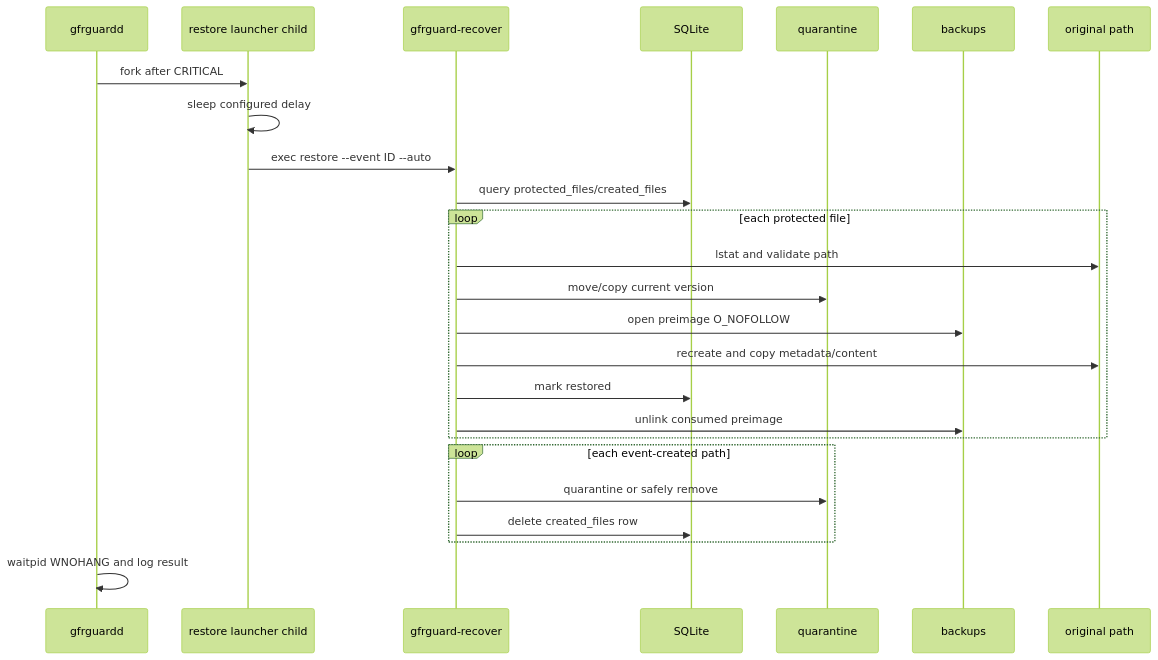
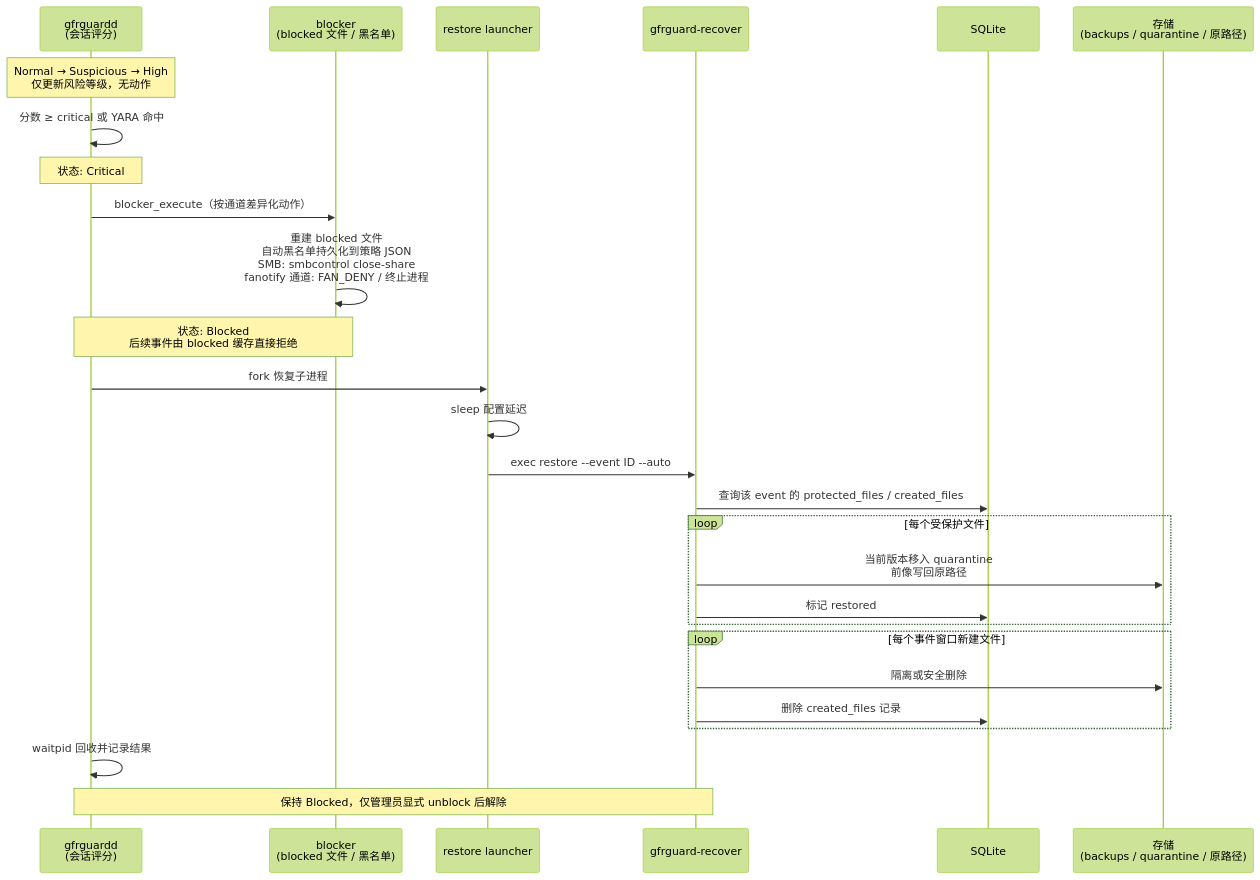
The sixth of 7 diagrams in doc/specs/architecture_v2.md (xd121614/ne_gfrguard), drawn with Mermaid (forest theme) before and after one commit. The commit also changed other lines of this file and 3 other files, not shown here.

````diff
--- a/doc/specs/architecture_v2.md
+++ b/doc/specs/architecture_v2.md
@@ -446,28 +469,30 @@
 ```mermaid
 sequenceDiagram
-	participant D as gfrguardd
-	participant R as restore launcher child
+	participant D as gfrguardd<br/>(会话评分)
+	participant BLK as blocker<br/>(blocked 文件 / 黑名单)
+	participant R as restore launcher
 	participant C as gfrguard-recover
 	participant DB as SQLite
-	participant Q as quarantine
-	participant B as backups
-	participant F as original path
+	participant ST as 存储<br/>(backups / quarantine / 原路径)
 
-	D->>R: fork after CRITICAL
-	R->>R: sleep configured delay
+	Note over D: Normal → Suspicious → High<br/>仅更新风险等级，无动作
+	D->>D: 分数 ≥ critical 或 YARA 命中
+	Note over D: 状态: Critical
+	D->>BLK: blocker_execute（按通道差异化动作）
+	BLK->>BLK: 重建 blocked 文件<br/>自动黑名单持久化到策略 JSON<br/>SMB: smbcontrol close-share<br/>fanotify 通道: FAN_DENY / 终止进程
+	Note over D,BLK: 状态: Blocked<br/>后续事件由 blocked 缓存直接拒绝
+	D->>R: fork 恢复子进程
+	R->>R: sleep 配置延迟
 	R->>C: exec restore --event ID --auto
-	C->>DB: query protected_files/created_files
-	loop each protected file
-		C->>F: lstat and validate path
-		C->>Q: move/copy current version
-		C->>B: open preimage O_NOFOLLOW
-		C->>F: recreate and copy metadata/content
-		C->>DB: mark restored
-		C->>B: unlink consumed preimage
+	C->>DB: 查询该 event 的 protected_files / created_files
+	loop 每个受保护文件
+		C->>ST: 当前版本移入 quarantine<br/>前像写回原路径
+		C->>DB: 标记 restored
 	end
-	loop each event-created path
-		C->>Q: quarantine or safely remove
-		C->>DB: delete created_files row
+	loop 每个事件窗口新建文件
+		C->>ST: 隔离或安全删除
+		C->>DB: 删除 created_files 记录
 	end
-	D->>D: waitpid WNOHANG and log result
+	D->>D: waitpid 回收并记录结果
+	Note over D,C: 保持 Blocked，仅管理员显式 unblock 后解除
 ```
````
